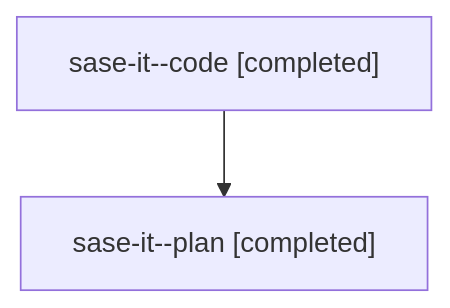
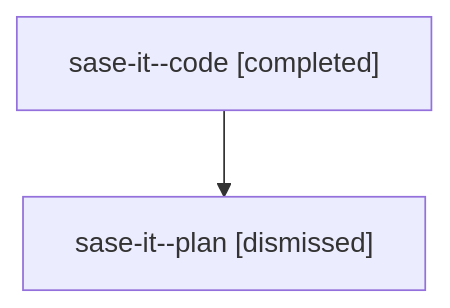
Before and after one commit to sase-org/sase--agents: the diagram in families/bbugyi200.athena.sase-it.md, drawn with Mermaid. The commit also changed other lines of this file and 1973 other files, not shown here.

````diff
--- a/families/bbugyi200.athena.sase-it.md
+++ b/families/bbugyi200.athena.sase-it.md
@@ -9,6 +9,6 @@
 ```mermaid
 flowchart TD
   n0["sase-it--code [completed]"]
-  n1["sase-it--plan [completed]"]
+  n1["sase-it--plan [dismissed]"]
   n0 --> n1
 ```
````
